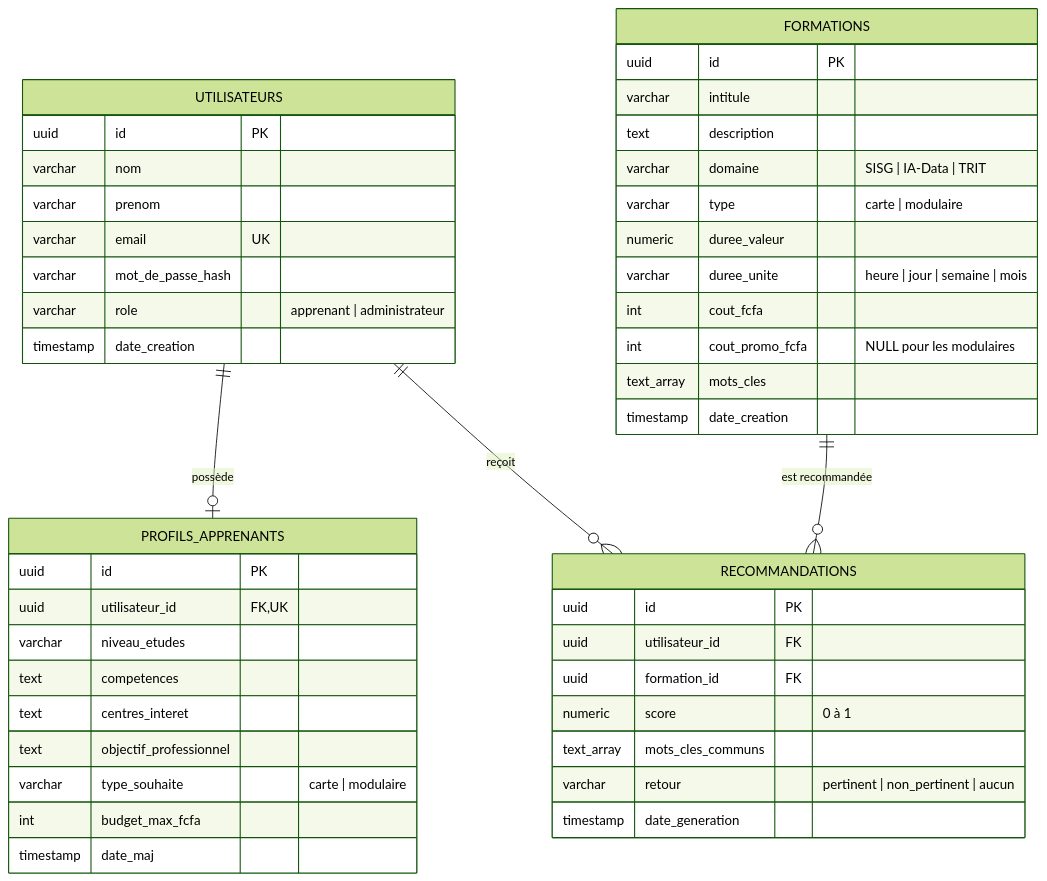
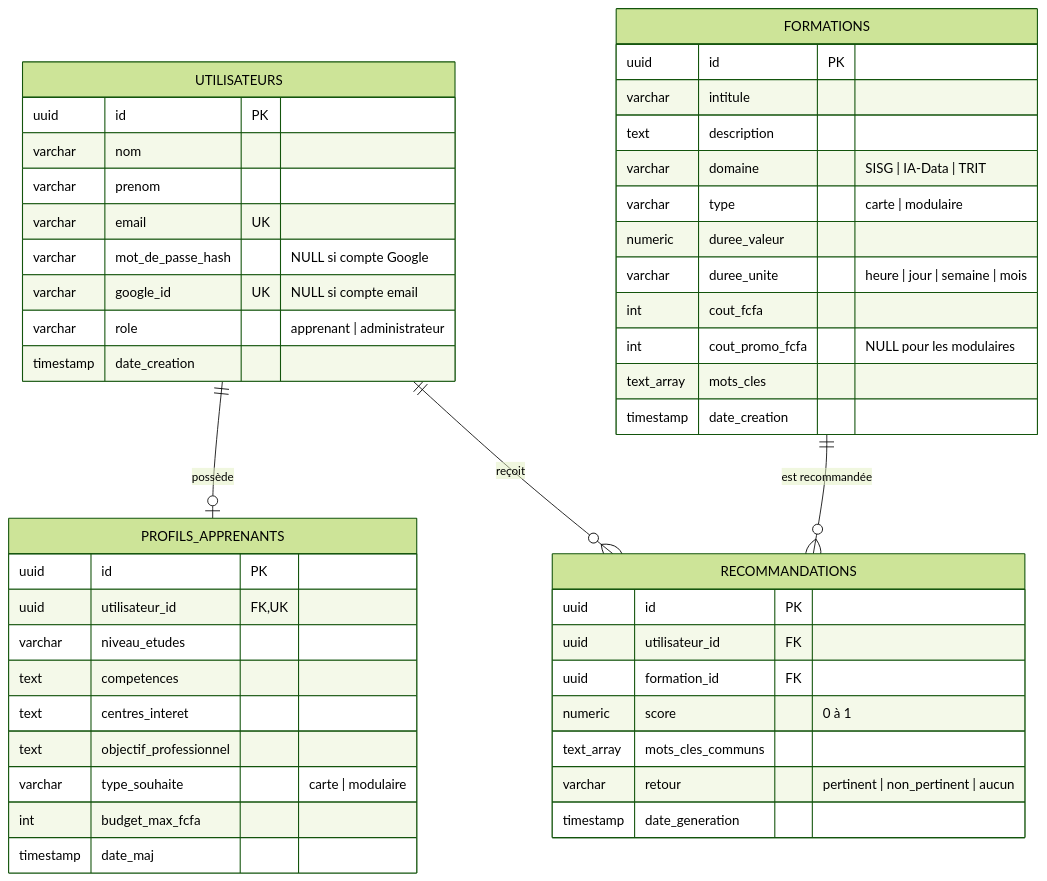
The diagram in docs/modele-donnees.md (martial-300/plateforme-formations-hitt), drawn with Mermaid (forest theme) before and after one commit. The commit also changed other lines of this file and 13 other files, not shown here.

````diff
--- a/docs/modele-donnees.md
+++ b/docs/modele-donnees.md
@@ -7,49 +7,50 @@
 ```mermaid
 erDiagram
     UTILISATEURS ||--o| PROFILS_APPRENANTS : "possède"
     UTILISATEURS ||--o{ RECOMMANDATIONS : "reçoit"
     FORMATIONS   ||--o{ RECOMMANDATIONS : "est recommandée"
 
     UTILISATEURS {
         uuid id PK
         varchar nom
         varchar prenom
         varchar email UK
-        varchar mot_de_passe_hash
+        varchar mot_de_passe_hash "NULL si compte Google"
+        varchar google_id UK "NULL si compte email"
         varchar role "apprenant | administrateur"
         timestamp date_creation
     }
     PROFILS_APPRENANTS {
         uuid id PK
         uuid utilisateur_id FK,UK
         varchar niveau_etudes
         text competences
         text centres_interet
         text objectif_professionnel
         varchar type_souhaite "carte | modulaire"
         int budget_max_fcfa
         timestamp date_maj
     }
     FORMATIONS {
         uuid id PK
         varchar intitule
         text description
         varchar domaine "SISG | IA-Data | TRIT"
         varchar type "carte | modulaire"
         numeric duree_valeur
         varchar duree_unite "heure | jour | semaine | mois"
         int cout_fcfa
         int cout_promo_fcfa "NULL pour les modulaires"
         text_array mots_cles
         timestamp date_creation
     }
     RECOMMANDATIONS {
         uuid id PK
         uuid utilisateur_id FK
         uuid formation_id FK
         numeric score "0 à 1"
         text_array mots_cles_communs
         varchar retour "pertinent | non_pertinent | aucun"
         timestamp date_generation
     }
 ```
````
